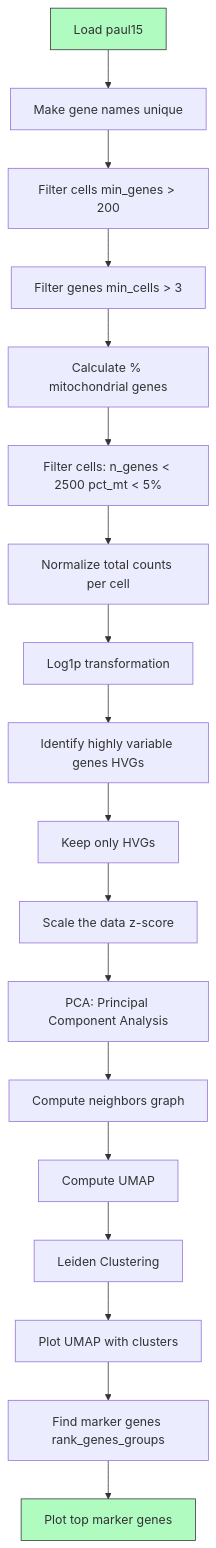
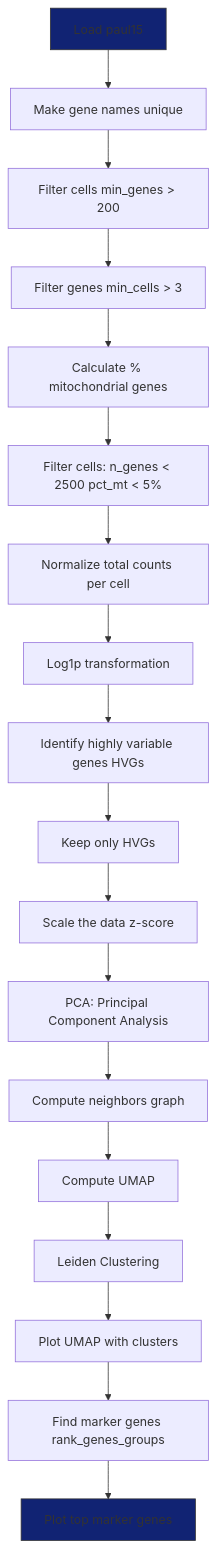
One commit to sergiolitwiniuk85/singleCell changed the diagram in pipe.md. Above: the diagram before and after it, drawn with Mermaid.

````diff
--- a/pipe.md
+++ b/pipe.md
@@ -1,23 +1,23 @@
 ```mermaid
 flowchart TB
     A[Load paul15] --> B[Make gene names unique]
     B --> C[Filter cells min_genes > 200]
     C --> D[Filter genes min_cells > 3]
     D --> E[Calculate % mitochondrial genes]
     E --> F[Filter cells: n_genes < 2500 pct_mt < 5%]
     F --> G[Normalize total counts per cell]
     G --> H[Log1p transformation]
     H --> I[Identify highly variable genes HVGs]
     I --> J[Keep only HVGs]
     J --> K[Scale the data z-score]
     K --> L[PCA: Principal Component Analysis]
     L --> M[Compute neighbors graph]
     M --> N[Compute UMAP]
     N --> O[Leiden Clustering]
     O --> P[Plot UMAP with clusters]
     P --> Q[Find marker genes rank_genes_groups]
     Q --> R[Plot top marker genes]
 
-    style A fill:#b0fbc0,stroke:#333
-    style R fill:#b0fbc0,stroke:#333
+    style A fill:#112373,stroke:#333
+    style R fill:#112373,stroke:#333
 ```
````
